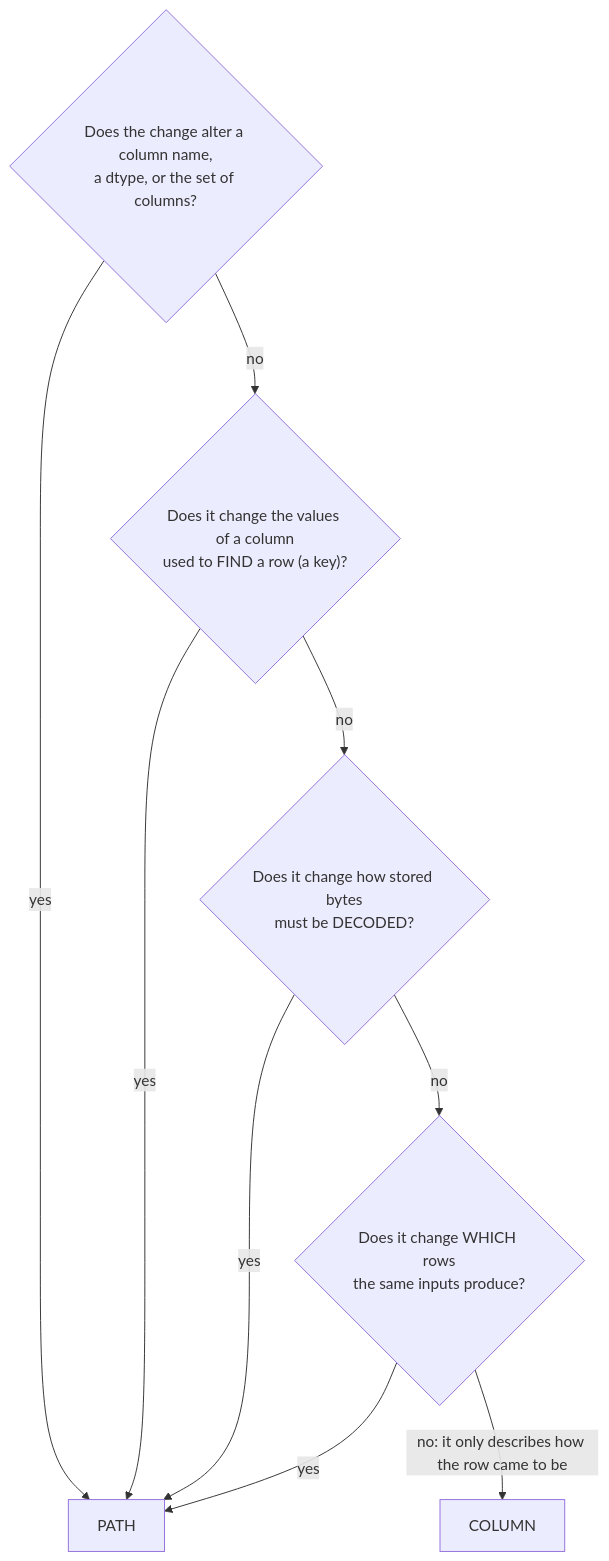
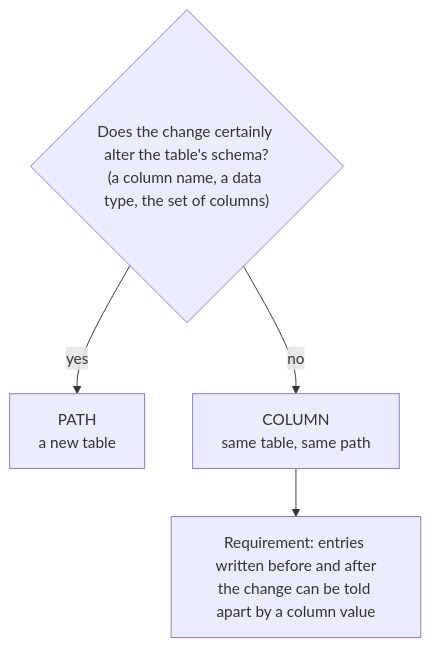
One commit to metamorphic-labs/orcapod-python changed the third of 3 diagrams in superpowers/specs/2026-11-11-itl-938-versioning-system-design.md. Above: the diagram before and after it, drawn with Mermaid. The commit also changed other lines of this file, not shown here.

First line of the commit message:
docs(specs): ITL-938 record the path-or-column rule and apply it to every axis

````diff
--- a/superpowers/specs/2026-11-11-itl-938-versioning-system-design.md
+++ b/superpowers/specs/2026-11-11-itl-938-versioning-system-design.md
@@ -722,17 +729,9 @@
 ```mermaid
 flowchart TD
-    Q0{"Does the change alter a column name,<br/>a dtype, or the set of columns?"}
-    Q1{"Does it change the values of a column<br/>used to FIND a row (a key)?"}
-    Q2{"Does it change how stored bytes<br/>must be DECODED?"}
-    Q3{"Does it change WHICH rows<br/>the same inputs produce?"}
-    P["PATH"]
-    C["COLUMN"]
+    Q0{"Does the change certainly alter the table's schema?<br/>(a column name, a data type, the set of columns)"}
+    P["PATH<br/>a new table"]
+    C["COLUMN<br/>same table, same path"]
+    R["Requirement: entries written before and after<br/>the change can be told apart by a column value"]
     Q0 -- yes --> P
-    Q0 -- no --> Q1
-    Q1 -- yes --> P
-    Q1 -- no --> Q2
-    Q2 -- yes --> P
-    Q2 -- no --> Q3
-    Q3 -- yes --> P
-    Q3 -- "no: it only describes how the row came to be" --> C
+    Q0 -- no --> C --> R
 ```
````
